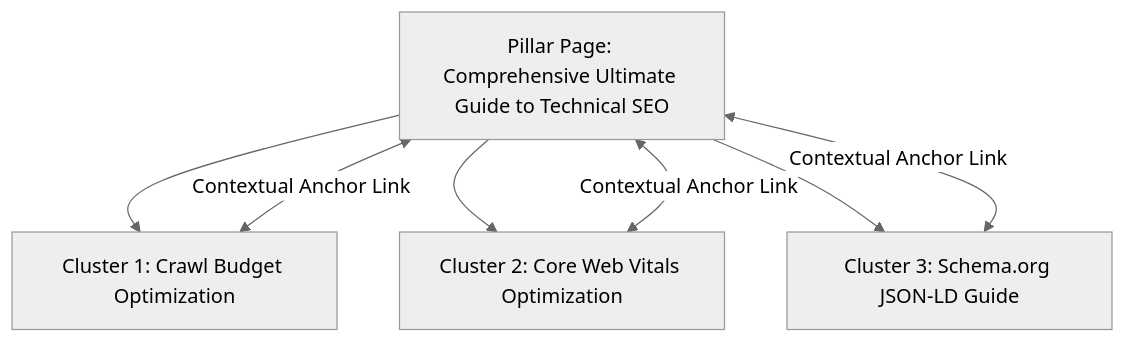
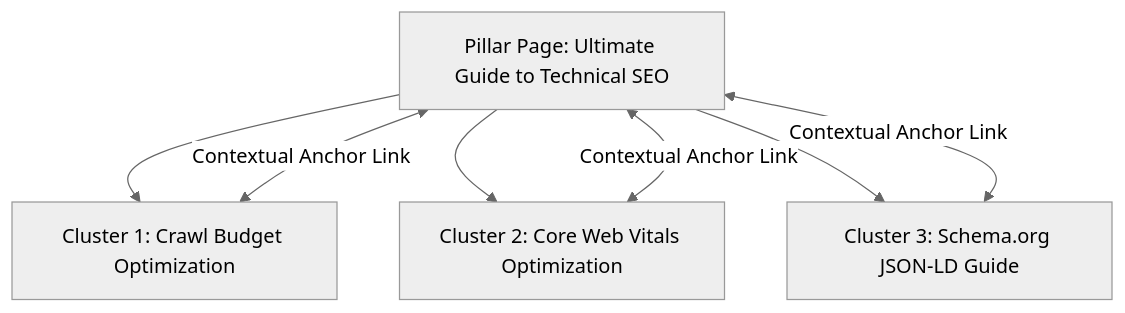
Before and after one commit to seoerai/seo: the first of 2 diagrams in content-strategy/README.md, drawn with Mermaid (neutral theme). The commit also changed other lines of this file and 8 other files, not shown here.

````diff
--- a/content-strategy/README.md
+++ b/content-strategy/README.md
@@ -11,9 +11,9 @@
 ```mermaid
 flowchart TD
-    A[Pillar Page: Comprehensive Ultimate Guide to Technical SEO] --> B[Cluster 1: Crawl Budget Optimization]
+    A[Pillar Page: Ultimate Guide to Technical SEO] --> B[Cluster 1: Crawl Budget Optimization]
     A --> C[Cluster 2: Core Web Vitals Optimization]
     A --> D[Cluster 3: Schema.org JSON-LD Guide]
     B <-->|Contextual Anchor Link| A
     C <-->|Contextual Anchor Link| A
     D <-->|Contextual Anchor Link| A
 ```
````
